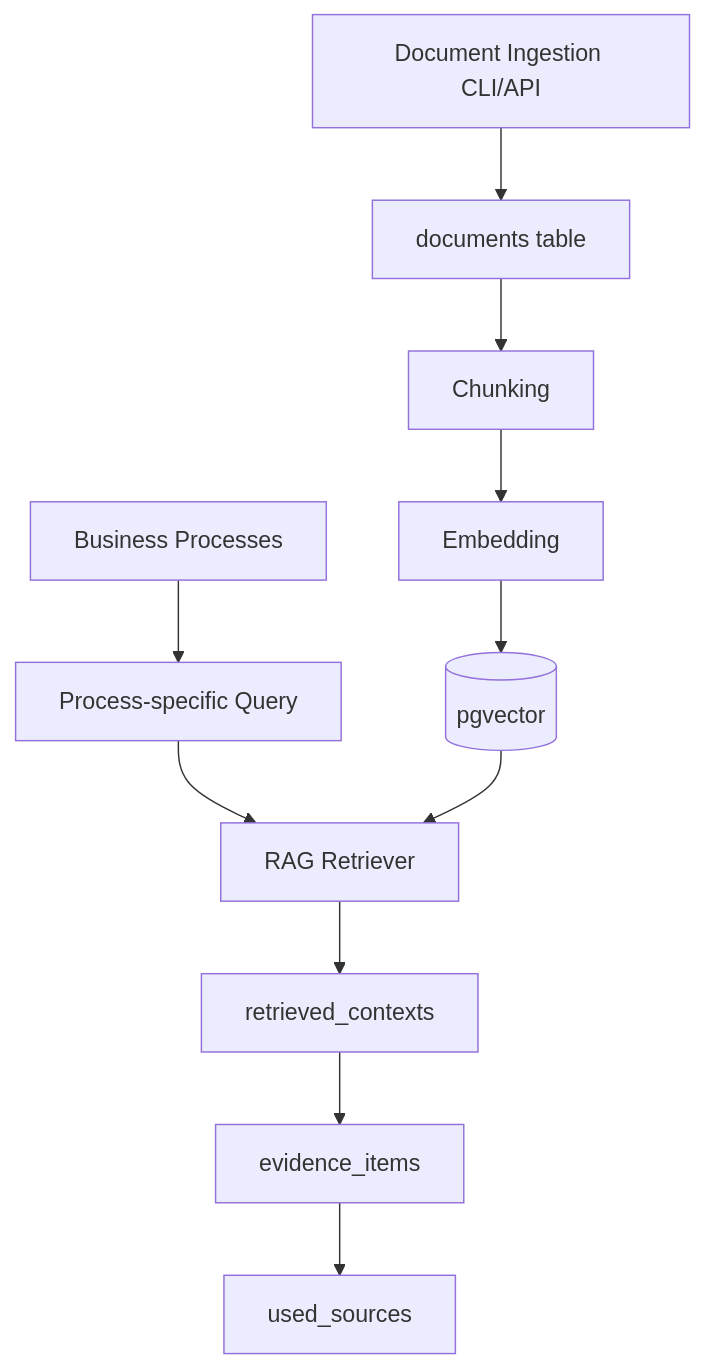
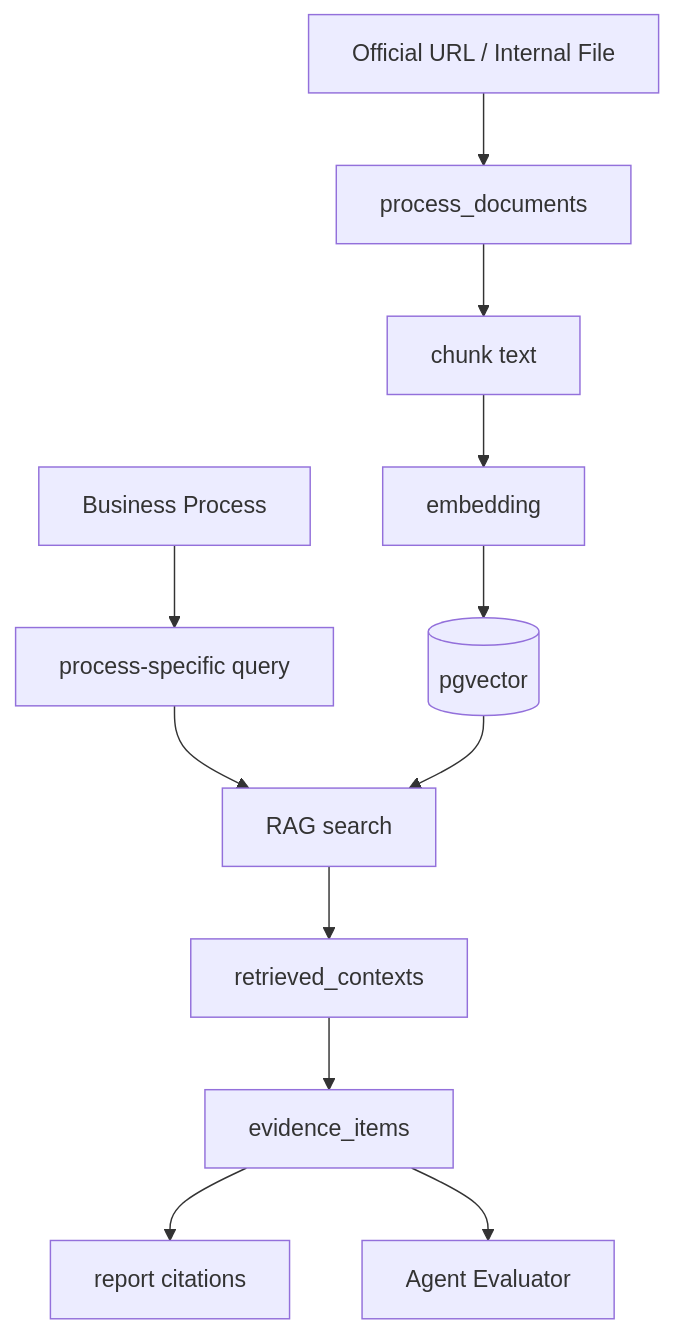
Before and after one commit to ohjaesik/AI_Agent: the fourth of 5 diagrams in README.md, drawn with Mermaid. The commit also changed other lines of this file, not shown here.

````diff
--- a/README.md
+++ b/README.md
@@ -174,14 +528,14 @@
 ```mermaid
 flowchart TD
-    Ingest[Document Ingestion CLI/API] --> Store[documents table]
-    Store --> Chunk[Chunking]
-    Chunk --> Embed[Embedding]
-    Embed --> Vector[(pgvector)]
-
-    Process[Business Processes] --> Query[Process-specific Query]
-    Query --> Retriever[RAG Retriever]
-    Vector --> Retriever
-    Retriever --> Contexts[retrieved_contexts]
-    Contexts --> Evidence[evidence_items]
-    Evidence --> Sources[used_sources]
+    File[Official URL / Internal File] --> Document[process_documents]
+    Document --> Chunk[chunk text]
+    Chunk --> Embedding[embedding]
+    Embedding --> Vector[(pgvector)]
+    Process[Business Process] --> Query[process-specific query]
+    Query --> Search[RAG search]
+    Vector --> Search
+    Search --> Context[retrieved_contexts]
+    Context --> Evidence[evidence_items]
+    Evidence --> Citation[report citations]
+    Evidence --> Evaluator[Agent Evaluator]
 ```
````
